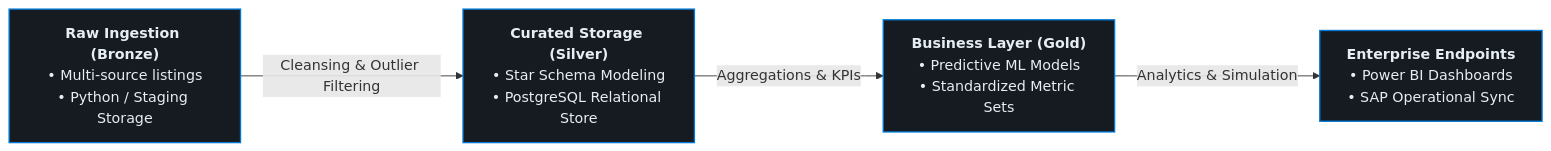
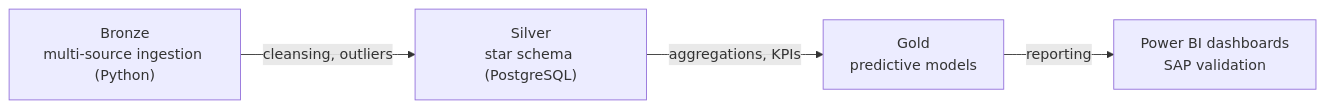
The second of 3 diagrams in README.md (Rorro101004/Rorro101004), drawn with Mermaid before and after one commit. The commit also changed other lines of this file and 9 other files, not shown here.

````diff
--- a/README.md
+++ b/README.md
@@ -60,9 +80,6 @@
 ```mermaid
 flowchart LR
-    A["<b>Raw Ingestion (Bronze)</b><br/>• Multi-source listings<br/>• Python / Staging Storage"]
-    -->|Cleansing & Outlier Filtering| B["<b>Curated Storage (Silver)</b><br/>• Star Schema Modeling<br/>• PostgreSQL Relational Store"]
-    -->|Aggregations & KPIs| C["<b>Business Layer (Gold)</b><br/>• Predictive ML Models<br/>• Standardized Metric Sets"]
-    -->|Analytics & Simulation| D["<b>Enterprise Endpoints</b><br/>• Power BI Dashboards<br/>• SAP Operational Sync"]
-
-    classDef default fill:#161b22,stroke:#0078d4,stroke-width:1.5px,color:#e6edf3;
+    A["Bronze<br/>multi-source ingestion (Python)"] -->|cleansing, outliers| B["Silver<br/>star schema (PostgreSQL)"]
+    B -->|aggregations, KPIs| C["Gold<br/>predictive models"]
+    C -->|reporting| D["Power BI dashboards<br/>SAP validation"]
 ```
````
